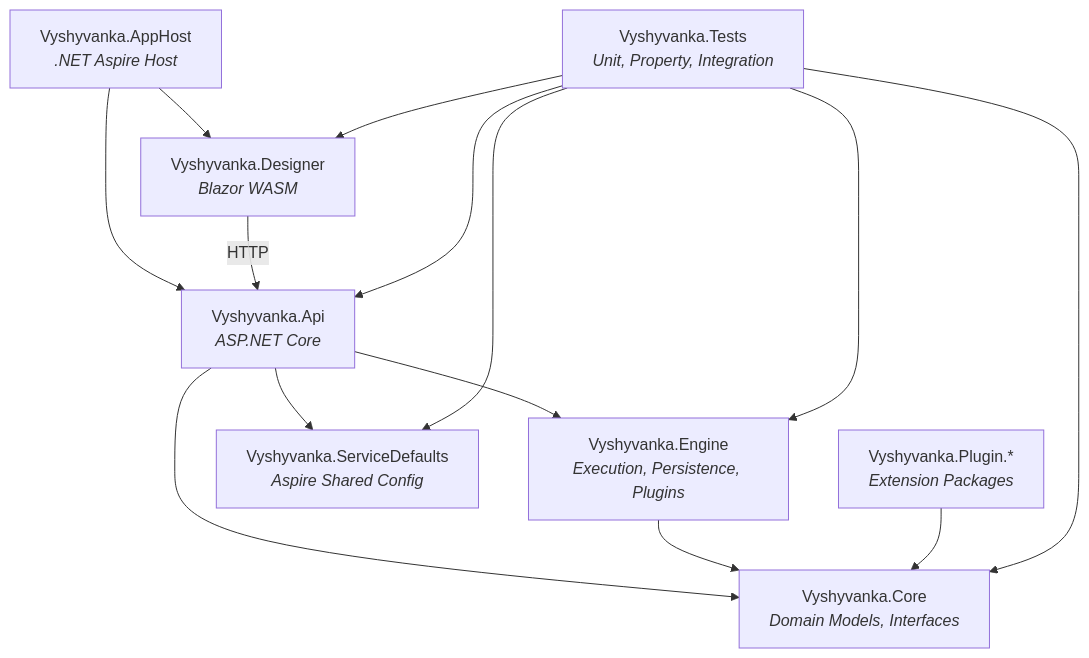
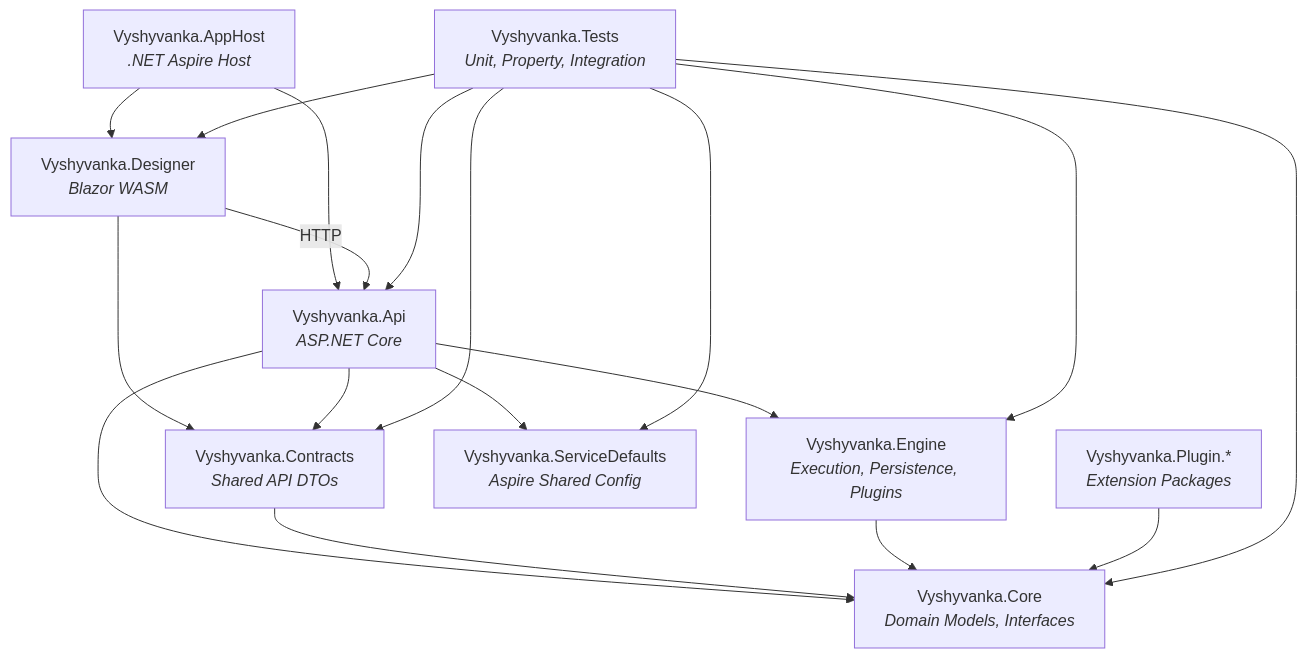
Before and after one commit to homolibere/Vyshyvanka: the first of 3 diagrams in docs/02-architecture.md, drawn with Mermaid. The commit also changed other lines of this file and 68 other files, not shown here.

Commit message:
refactor(api,designer): consolidate DTOs into shared Contracts library

````diff
--- a/docs/02-architecture.md
+++ b/docs/02-architecture.md
@@ -21,25 +21,30 @@
 ```mermaid
 graph TD
     AppHost["Vyshyvanka.AppHost<br/><i>.NET Aspire Host</i>"]
     Designer["Vyshyvanka.Designer<br/><i>Blazor WASM</i>"]
     Api["Vyshyvanka.Api<br/><i>ASP.NET Core</i>"]
     Engine["Vyshyvanka.Engine<br/><i>Execution, Persistence, Plugins</i>"]
+    Contracts["Vyshyvanka.Contracts<br/><i>Shared API DTOs</i>"]
     Core["Vyshyvanka.Core<br/><i>Domain Models, Interfaces</i>"]
     ServiceDefaults["Vyshyvanka.ServiceDefaults<br/><i>Aspire Shared Config</i>"]
     Plugin["Vyshyvanka.Plugin.*<br/><i>Extension Packages</i>"]
     Tests["Vyshyvanka.Tests<br/><i>Unit, Property, Integration</i>"]
 
     AppHost --> Api
     AppHost --> Designer
+    Designer --> Contracts
     Designer -->|HTTP| Api
+    Api --> Contracts
     Api --> Engine
     Api --> Core
     Api --> ServiceDefaults
+    Contracts --> Core
     Engine --> Core
     Plugin --> Core
     Tests --> Api
     Tests --> Engine
     Tests --> Core
     Tests --> Designer
+    Tests --> Contracts
     Tests --> ServiceDefaults
 ```
````
